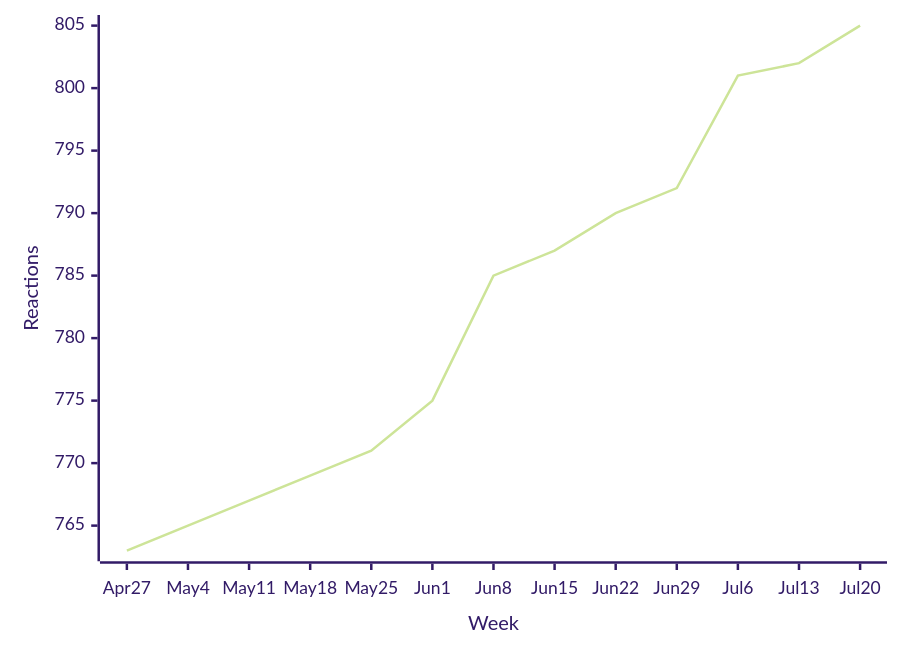
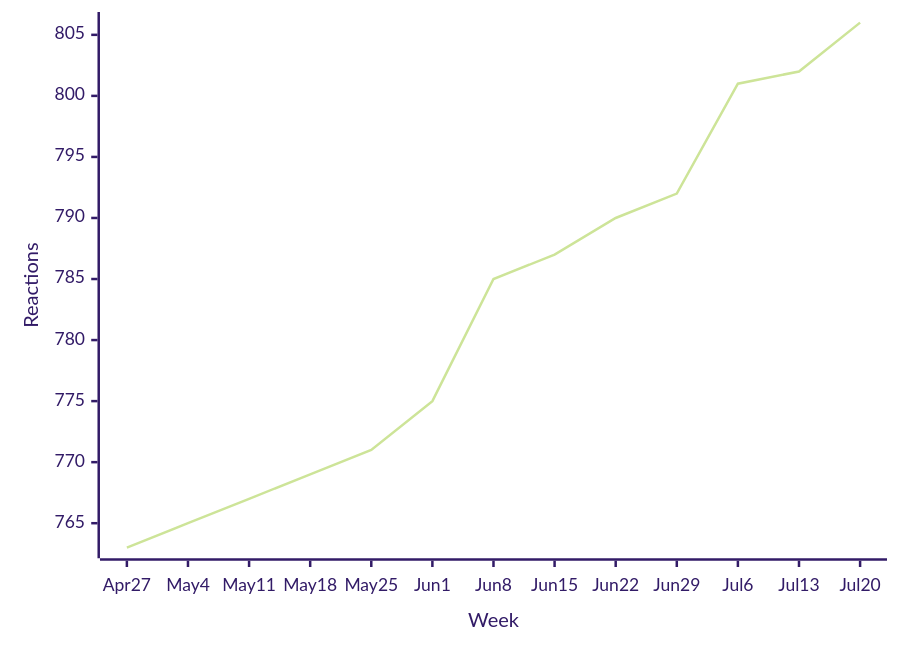
One commit to loic-sharma/github-insights changed the first of 46 diagrams in README.md. Above: the diagram before and after it, drawn with Mermaid (forest theme). The commit also changed other lines of this file and 1 other file, not shown here.

````diff
--- a/README.md
+++ b/README.md
@@ -339,6 +339,6 @@
   ```mermaid
   xychart-beta
     x-axis "Week" [Apr 27, May 4, May 11, May 18, May 25, Jun 1, Jun 8, Jun 15, Jun 22, Jun 29, Jul 6, Jul 13, Jul 20]
     y-axis "Reactions"
-    line [763, 765, 767, 769, 771, 775, 785, 787, 790, 792, 801, 802, 805]
+    line [763, 765, 767, 769, 771, 775, 785, 787, 790, 792, 801, 802, 806]
   ```
````
